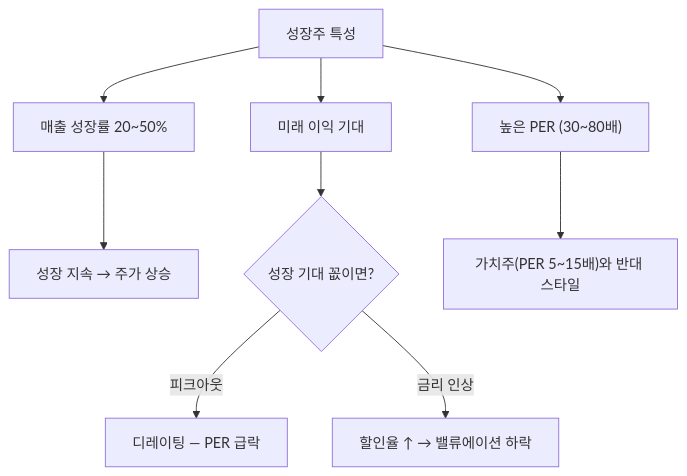
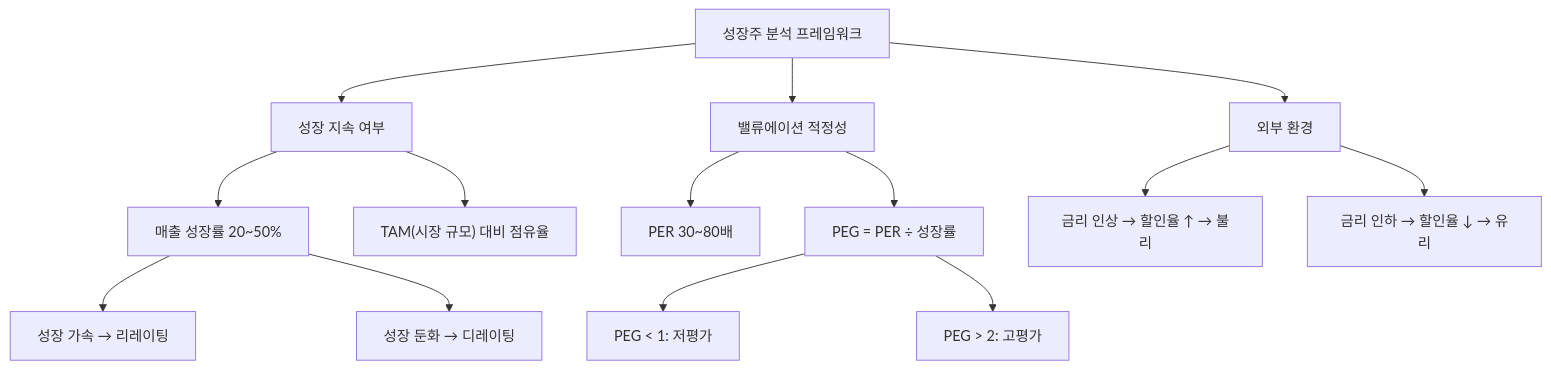
The diagram in content/stock-terms/ko/level-09-strategy-risk/growth-stock.md (yeongseon/stock-visual-note), drawn with Mermaid before and after one commit. The commit also changed other lines of this file and 9 other files, not shown here.

Commit message:
content: rewrite level-09 (10 articles) — richer diagrams, realistic scenarios, blog tone

````diff
--- a/content/stock-terms/ko/level-09-strategy-risk/growth-stock.md
+++ b/content/stock-terms/ko/level-09-strategy-risk/growth-stock.md
@@ -42,12 +43,17 @@
 ```mermaid
 graph TD
-    A["성장주 특성"]
-    A --> B["매출 성장률 20~50%"]
-    A --> C["높은 PER (30~80배)"]
-    A --> D["미래 이익 기대"]
-    B --> E["성장 지속 → 주가 상승"]
-    D --> F{"성장 기대 꼾이면?"}
-    F -->|"피크아웃"| G["디레이팅 — PER 급락"]
-    F -->|"금리 인상"| H["할인율 ↑ → 밸류에이션 하락"]
-    C --> I["가치주(PER 5~15배)와 반대 스타일"]
+    A["성장주 분석 프레임워크"]
+    A --> B["성장 지속 여부"]
+    A --> C["밸류에이션 적정성"]
+    A --> D["외부 환경"]
+    B --> B1["매출 성장률 20~50%"]
+    B --> B2["TAM(시장 규모) 대비 점유율"]
+    B1 --> B3["성장 가속 → 리레이팅"]
+    B1 --> B4["성장 둔화 → 디레이팅"]
+    C --> C1["PER 30~80배"]
+    C --> C2["PEG = PER ÷ 성장률"]
+    C2 --> C3["PEG < 1: 저평가"]
+    C2 --> C4["PEG > 2: 고평가"]
+    D --> D1["금리 인상 → 할인율 ↑ → 불리"]
+    D --> D2["금리 인하 → 할인율 ↓ → 유리"]
 ```
````
